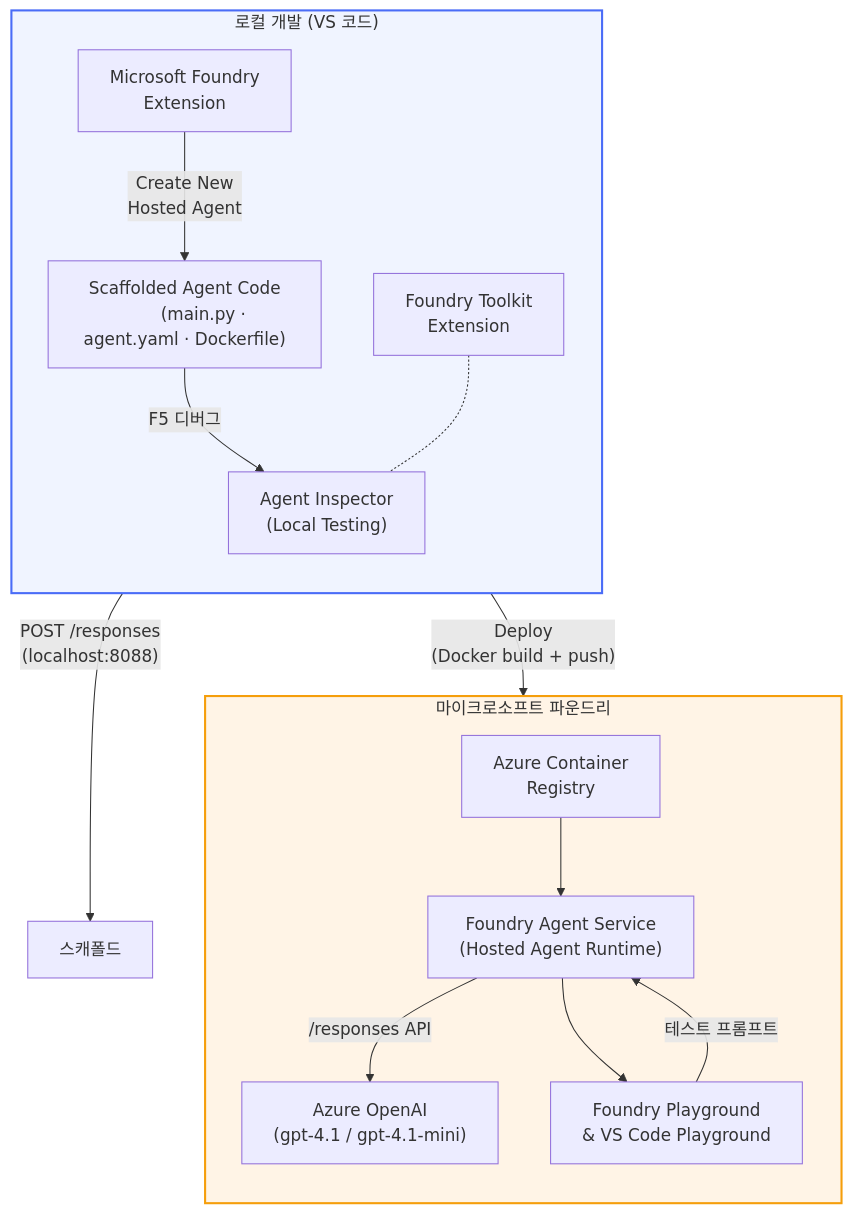
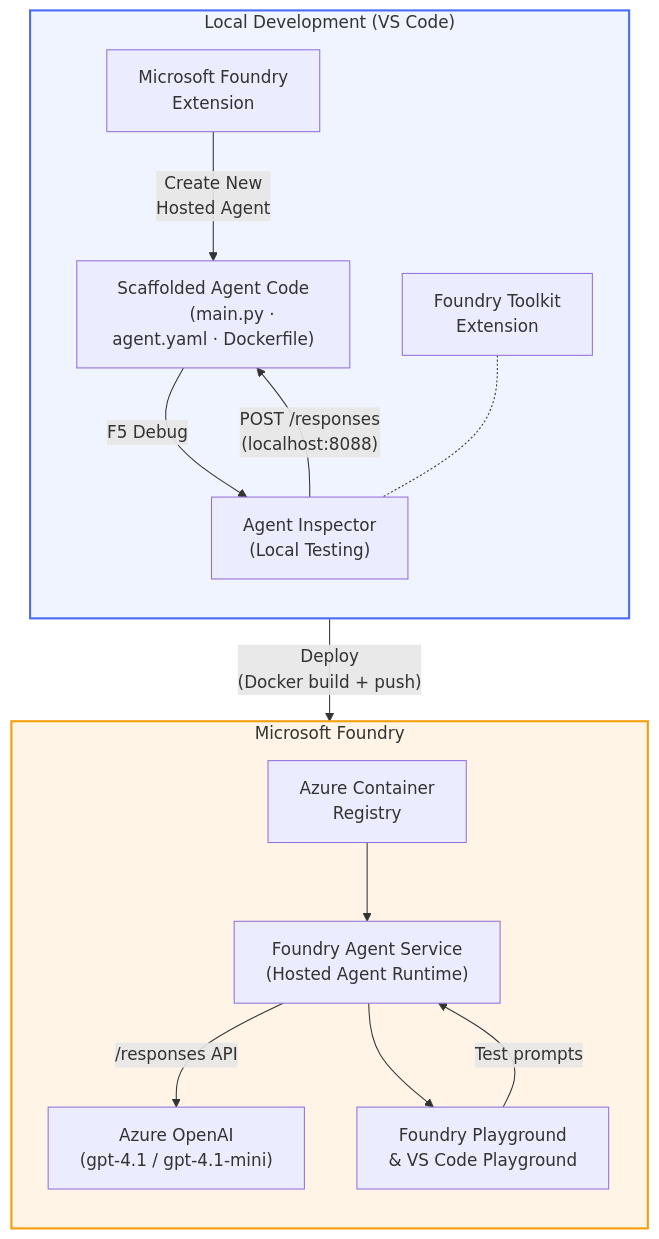
One commit to microsoft-foundry/Foundry_Toolkit_for_VSCode_Lab changed the diagram in translations/ko/README.md. Above: the diagram before and after it, drawn with Mermaid. The commit also changed other lines of this file and 4 other files, not shown here.

````diff
--- a/translations/ko/README.md
+++ b/translations/ko/README.md
@@ -52,42 +52,42 @@
 ```mermaid
 flowchart TB
-    subgraph Local["로컬 개발 (VS 코드)"]
+    subgraph Local["Local Development (VS Code)"]
         direction TB
         FE["Microsoft Foundry
         Extension"]
         FoundryToolkit["Foundry Toolkit
         Extension"]
         Scaffold["Scaffolded Agent Code
         (main.py · agent.yaml · Dockerfile)"]
         Inspector["Agent Inspector
         (Local Testing)"]
         FE -- "Create New
         Hosted Agent" --> Scaffold
-        Scaffold -- "F5 디버그" --> Inspector
+        Scaffold -- "F5 Debug" --> Inspector
         FoundryToolkit -.- Inspector
     end
 
-    subgraph Cloud["마이크로소프트 파운드리"]
+    subgraph Cloud["Microsoft Foundry"]
         direction TB
         ACR["Azure Container
         Registry"]
         AgentService["Foundry Agent Service
         (Hosted Agent Runtime)"]
         Model["Azure OpenAI
         (gpt-4.1 / gpt-4.1-mini)"]
         Playground["Foundry Playground
         & VS Code Playground"]
         ACR --> AgentService
         AgentService -- "/responses API" --> Model
         AgentService --> Playground
     end
 
     Scaffold -- "Deploy
     (Docker build + push)" --> ACR
     Inspector -- "POST /responses
-    (localhost:8088)" --> 스캐폴드
-    Playground -- "테스트 프롬프트" --> AgentService
+    (localhost:8088)" --> Scaffold
+    Playground -- "Test prompts" --> AgentService
 
     style Local fill:#f0f4ff,stroke:#4a6cf7,stroke-width:2px
     style Cloud fill:#fff4e6,stroke:#f59e0b,stroke-width:2px
 ```
````
